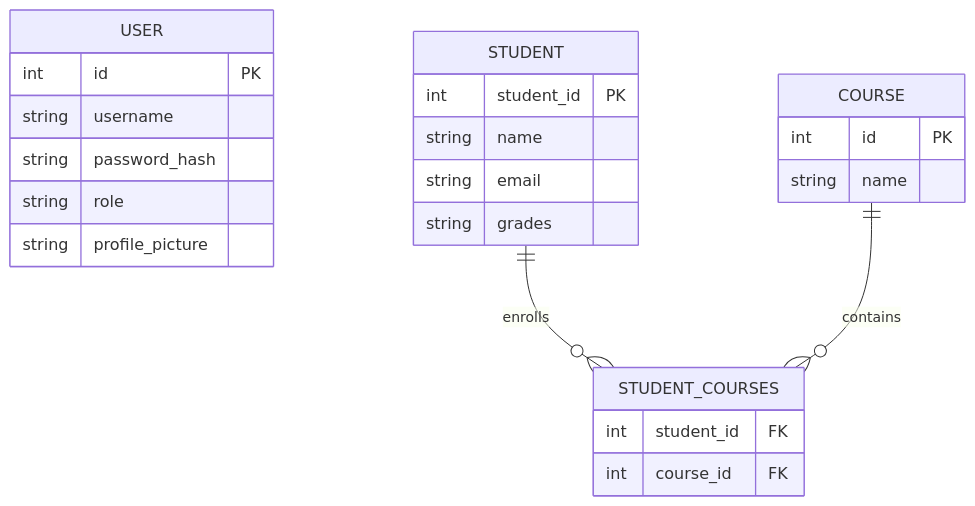
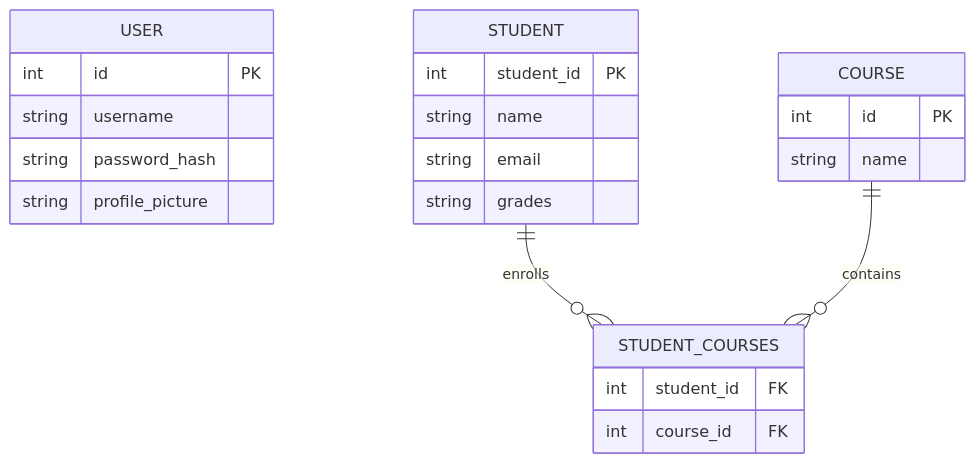
One commit to AbdAlruhman-Atout/flask-phase-project changed the diagram in README.md. Above: the diagram before and after it, drawn with Mermaid. The commit also changed other lines of this file, not shown here.

````diff
--- a/README.md
+++ b/README.md
@@ -401,30 +282,29 @@
 ```mermaid
 erDiagram
     USER {
         int id PK
         string username
         string password_hash
-        string role
         string profile_picture
     }
 
     STUDENT {
         int student_id PK
         string name
         string email
         string grades
     }
 
     COURSE {
         int id PK
         string name
     }
 
     STUDENT_COURSES {
         int student_id FK
         int course_id FK
     }
 
     STUDENT ||--o{ STUDENT_COURSES : enrolls
     COURSE ||--o{ STUDENT_COURSES : contains
 ```
````
